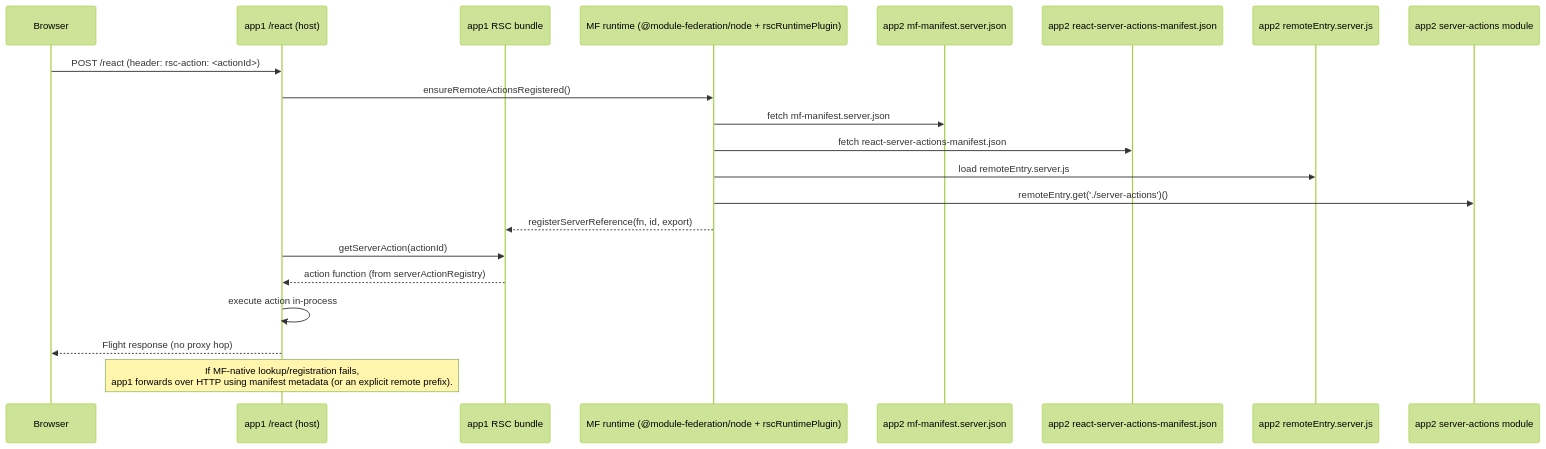
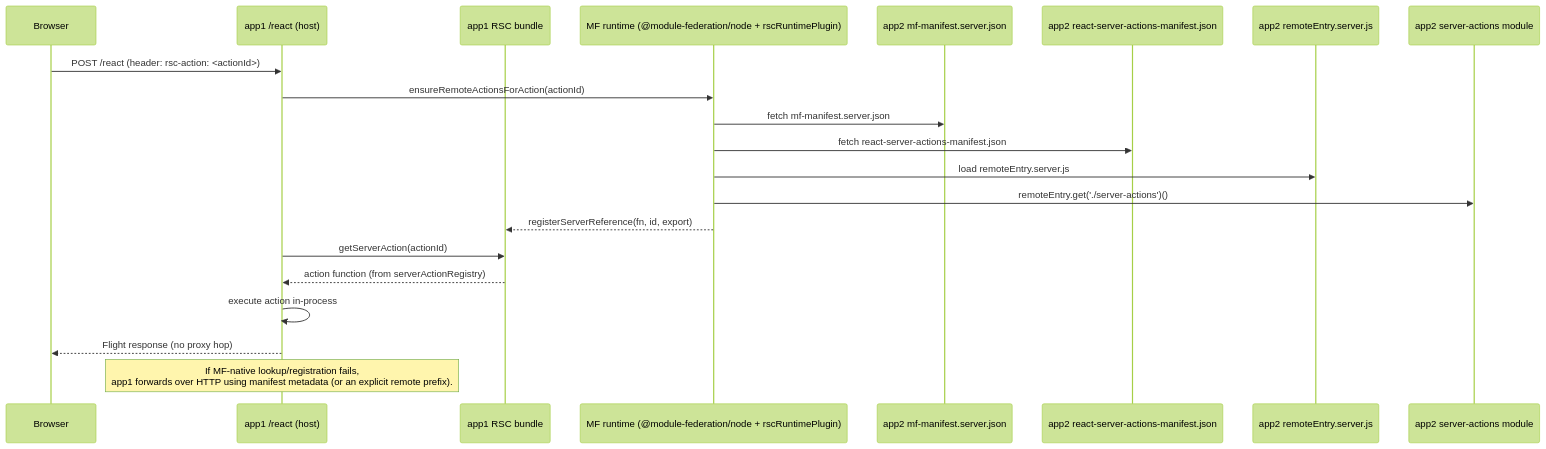
The third of 4 diagrams in RSC_MF_ARCHITECTURE.md (module-federation/core), drawn with Mermaid (forest theme) before and after one commit. The commit also changed other lines of this file and 7 other files, not shown here.

````diff
--- a/RSC_MF_ARCHITECTURE.md
+++ b/RSC_MF_ARCHITECTURE.md
@@ -122,25 +122,25 @@
 ```mermaid
 sequenceDiagram
   participant B as Browser
   participant H as app1 /react (host)
   participant R as app1 RSC bundle
   participant MF as MF runtime (@module-federation/node + rscRuntimePlugin)
   participant M2 as app2 mf-manifest.server.json
   participant SA as app2 react-server-actions-manifest.json
   participant C2 as app2 remoteEntry.server.js
   participant A2 as app2 server-actions module
 
   B->>H: POST /react (header: rsc-action: <actionId>)
-  H->>MF: ensureRemoteActionsRegistered()
+  H->>MF: ensureRemoteActionsForAction(actionId)
   MF->>M2: fetch mf-manifest.server.json
   MF->>SA: fetch react-server-actions-manifest.json
   MF->>C2: load remoteEntry.server.js
   MF->>A2: remoteEntry.get('./server-actions')()
   MF-->>R: registerServerReference(fn, id, export)
   H->>R: getServerAction(actionId)
   R-->>H: action function (from serverActionRegistry)
   H->>H: execute action in-process
   H-->>B: Flight response (no proxy hop)
 
   note over H: If MF-native lookup/registration fails,<br/>app1 forwards over HTTP using manifest metadata (or an explicit remote prefix).
 ```
````
